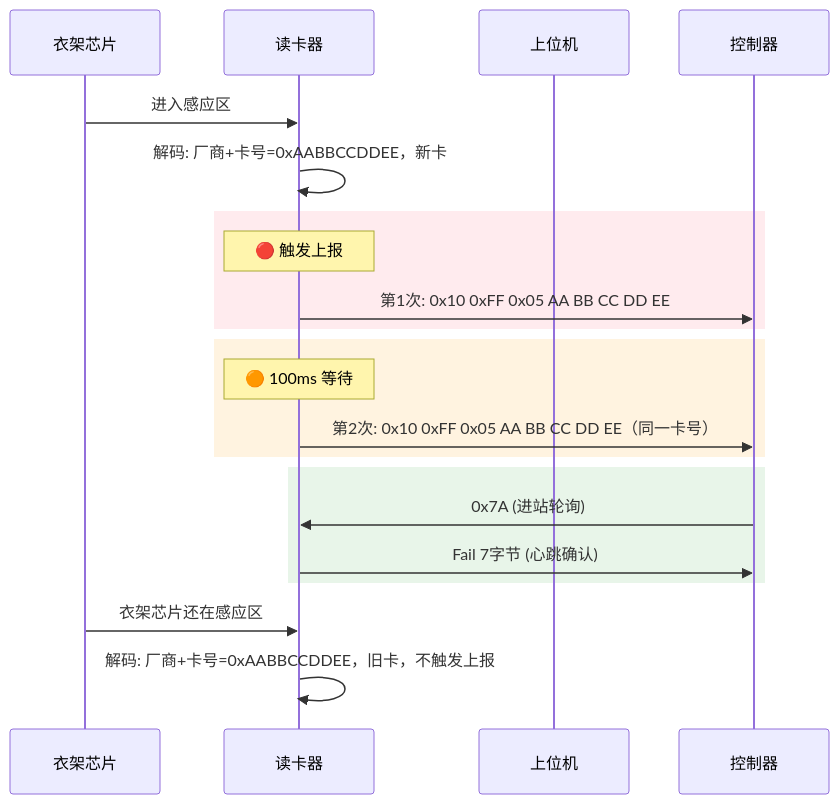
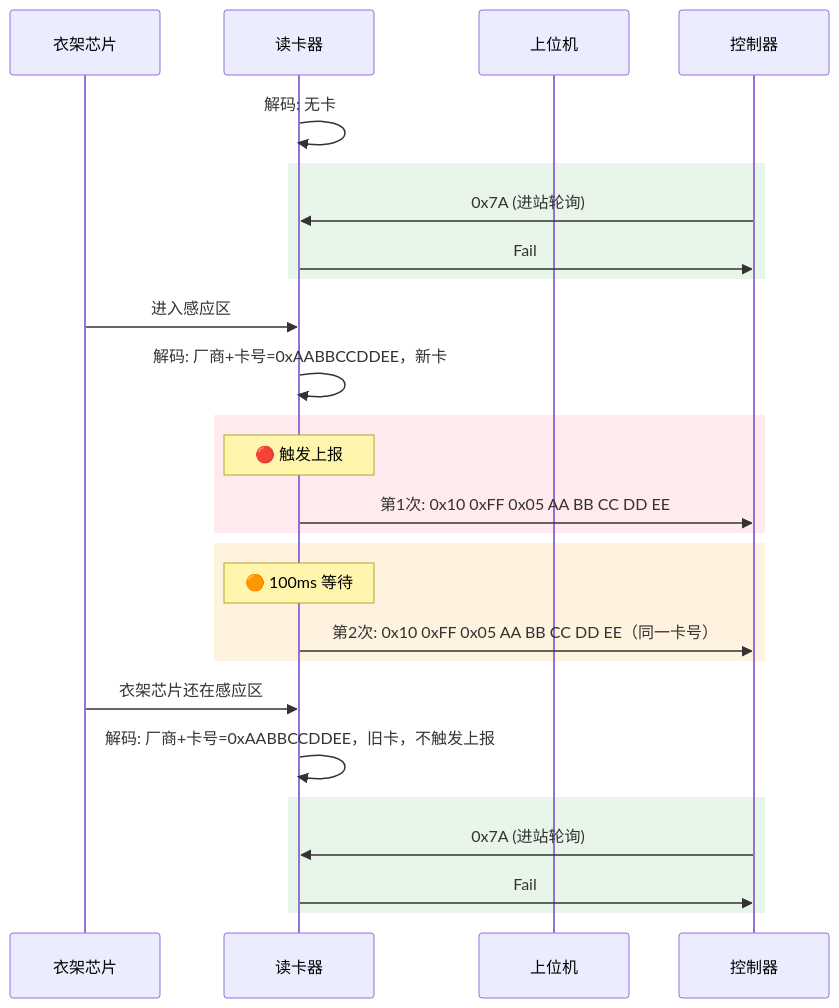
The first of 5 diagrams in 工作/[[SR3读卡器]]/260804SR3新框架整理.md (Siaiai/ObsidianNote), drawn with Mermaid before and after one commit. The commit also changed other lines of this file, not shown here.

````diff
--- a/工作/[[SR3读卡器]]/260804SR3新框架整理.md
+++ b/工作/[[SR3读卡器]]/260804SR3新框架整理.md
@@ -73,26 +73,34 @@
 ```mermaid
 sequenceDiagram
     participant 衣架芯片
     participant 读卡器
     participant 上位机
-
+    
+	读卡器->>读卡器: 解码: 无卡
+	
+    rect rgb(232, 245, 233)
+        控制器->>读卡器: 0x7A (进站轮询)
+        读卡器->>控制器: Fail
+    end
+    
     衣架芯片->>读卡器: 进入感应区
     读卡器->>读卡器: 解码: 厂商+卡号=0xAABBCCDDEE，新卡
 
     rect rgb(255, 235, 238)
         Note over 读卡器: 🔴 触发上报
         读卡器->>控制器: 第1次: 0x10 0xFF 0x05 AA BB CC DD EE
     end
 
     rect rgb(255, 243, 224)
         Note over 读卡器: 🟠 100ms 等待
         读卡器->>控制器: 第2次: 0x10 0xFF 0x05 AA BB CC DD EE（同一卡号）
     end
 
+    衣架芯片->>读卡器: 衣架芯片还在感应区
+    读卡器->>读卡器: 解码: 厂商+卡号=0xAABBCCDDEE，旧卡，不触发上报
+    
     rect rgb(232, 245, 233)
         控制器->>读卡器: 0x7A (进站轮询)
-        读卡器->>控制器: Fail 7字节 (心跳确认)
+        读卡器->>控制器: Fail
     end
-    衣架芯片->>读卡器: 衣架芯片还在感应区
-    读卡器->>读卡器: 解码: 厂商+卡号=0xAABBCCDDEE，旧卡，不触发上报
 ```
````
